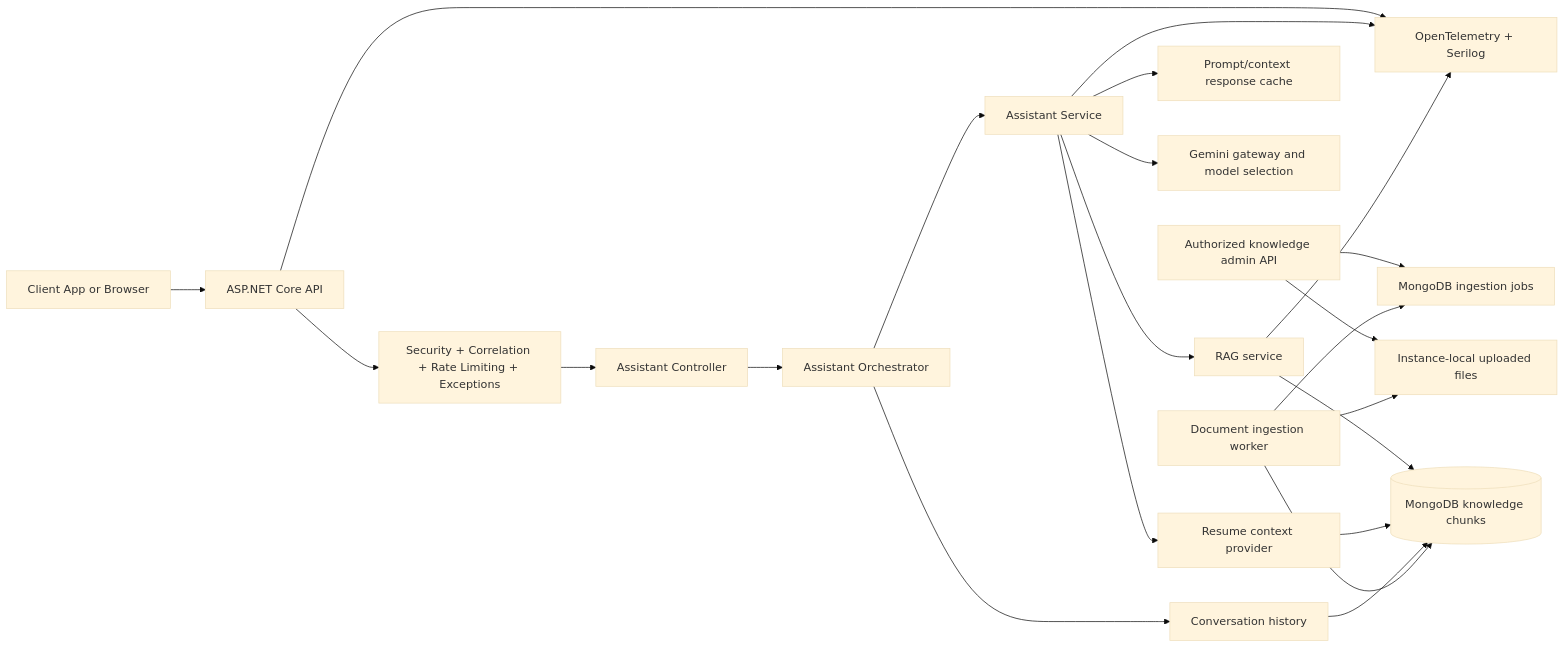
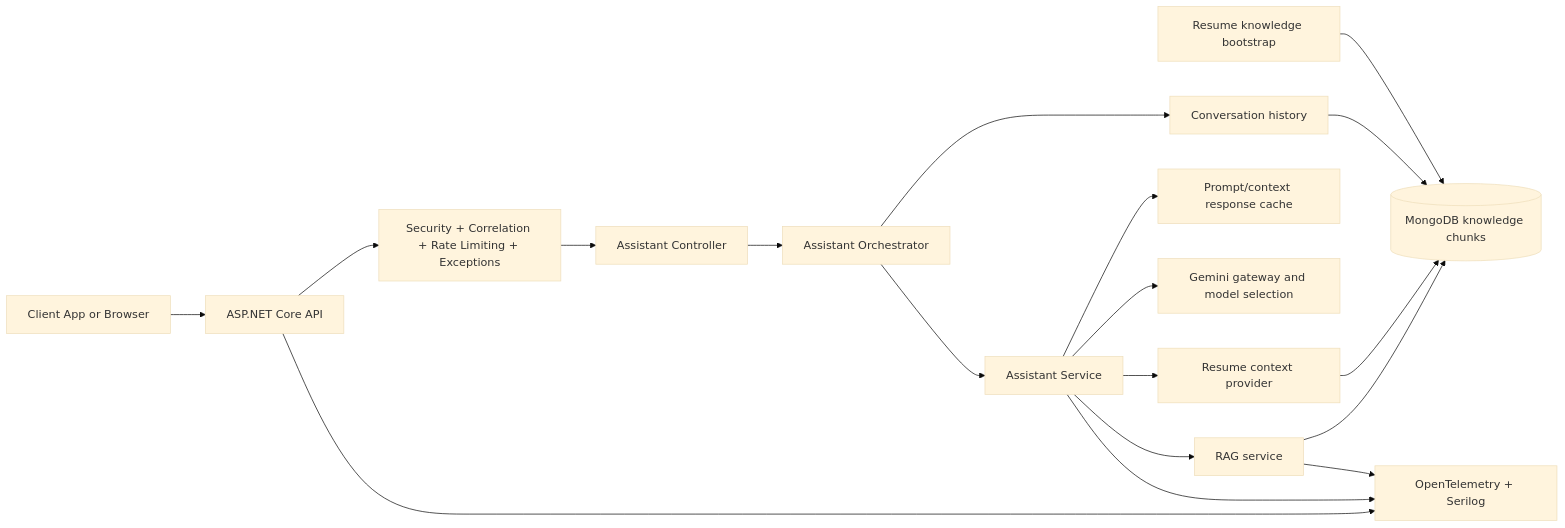
The diagram in docs/diagrams/system-diagram.md (Kheang1409/portfolio-backend), drawn with Mermaid (base theme) before and after one commit. The commit also changed 102 other files, not shown here.

````diff
--- a/docs/diagrams/system-diagram.md
+++ b/docs/diagrams/system-diagram.md
@@ -3,27 +3,22 @@
 ```mermaid
 flowchart LR
     Client[Client App or Browser] --> API[ASP.NET Core API]
     API --> Middleware[Security + Correlation + Rate Limiting + Exceptions]
     Middleware --> Controller[Assistant Controller]
     Controller --> Orchestrator[Assistant Orchestrator]
     Orchestrator --> Assistant[Assistant Service]
 
     Assistant --> Resume[Resume context provider]
     Assistant --> Rag[RAG service]
     Assistant --> PromptCache[Prompt/context response cache]
     Assistant --> Gemini[Gemini gateway and model selection]
     Rag --> Mongo[(MongoDB knowledge chunks)]
     Resume --> Mongo
     Orchestrator --> Conversation[Conversation history]
     Conversation --> Mongo
 
-    Admin[Authorized knowledge admin API] --> LocalFiles[Instance-local uploaded files]
-    Admin --> MongoJobs[MongoDB ingestion jobs]
-    Worker[Document ingestion worker] --> MongoJobs
-    Worker --> LocalFiles
-    Worker --> Mongo
-
     API --> Obs[OpenTelemetry + Serilog]
     Assistant --> Obs
     Rag --> Obs
+    Bootstrap[Resume knowledge bootstrap] --> Mongo
 ```
````
